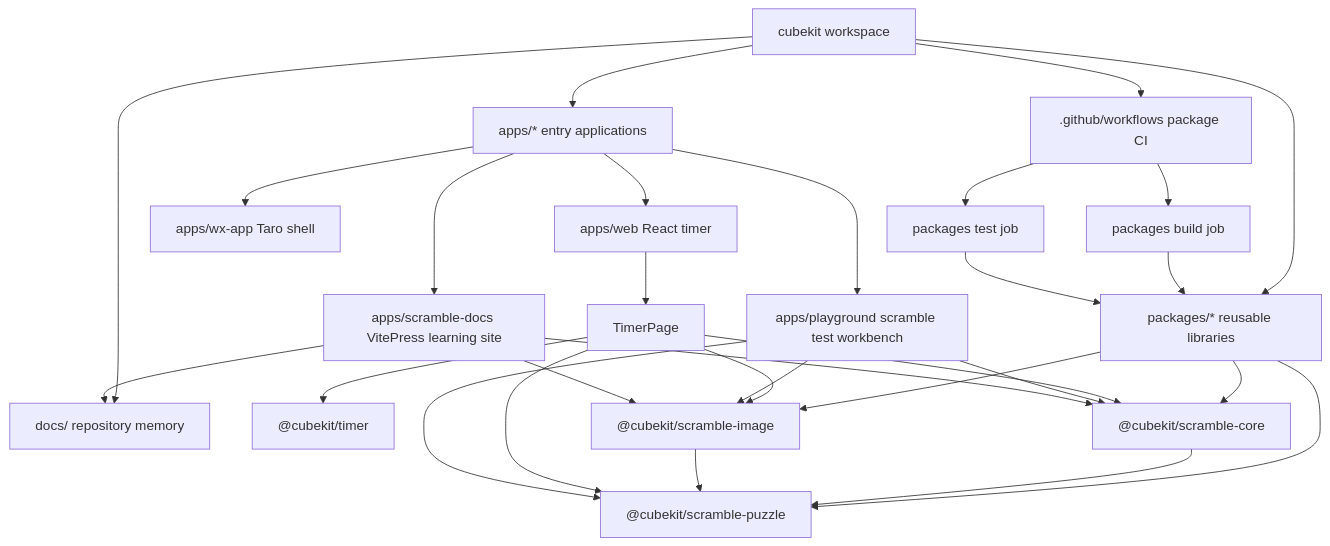
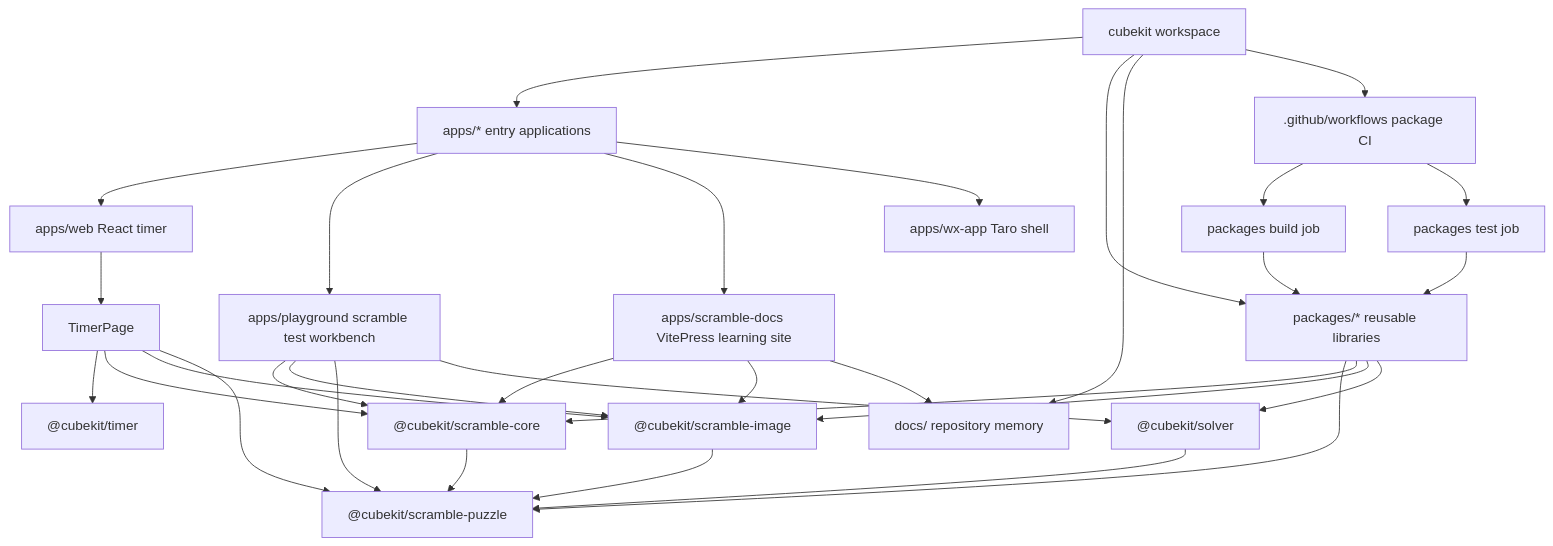
One commit to deweyou/cube-kit changed the diagram in docs/project-structure.md. Above: the diagram before and after it, drawn with Mermaid. The commit also changed other lines of this file and 5 other files, not shown here.

````diff
--- a/docs/project-structure.md
+++ b/docs/project-structure.md
@@ -3,31 +3,34 @@
 ```mermaid
 flowchart TD
     Root["cubekit workspace"] --> Apps["apps/* entry applications"]
     Root --> Packages["packages/* reusable libraries"]
     Root --> Docs["docs/ repository memory"]
     Root --> Ci[".github/workflows package CI"]
     Apps --> Web["apps/web React timer"]
     Apps --> Playground["apps/playground scramble test workbench"]
     Apps --> ScrambleDocs["apps/scramble-docs VitePress learning site"]
     Apps --> Wx["apps/wx-app Taro shell"]
     Web --> TimerPage["TimerPage"]
     TimerPage --> TimerPkg["@cubekit/timer"]
     Packages --> PuzzlePkg["@cubekit/scramble-puzzle"]
     Packages --> CorePkg["@cubekit/scramble-core"]
     Packages --> ImagePkg["@cubekit/scramble-image"]
+    Packages --> SolverPkg["@cubekit/solver"]
     CorePkg --> PuzzlePkg
     ImagePkg --> PuzzlePkg
+    SolverPkg --> PuzzlePkg
     TimerPage --> CorePkg
     TimerPage --> ImagePkg
     TimerPage --> PuzzlePkg
     Playground --> CorePkg
     Playground --> ImagePkg
     Playground --> PuzzlePkg
+    Playground --> SolverPkg
     ScrambleDocs --> CorePkg
     ScrambleDocs --> ImagePkg
     ScrambleDocs --> Docs
     Ci --> PackageBuild["packages build job"]
     Ci --> PackageTest["packages test job"]
     PackageBuild --> Packages
     PackageTest --> Packages
 ```
````
